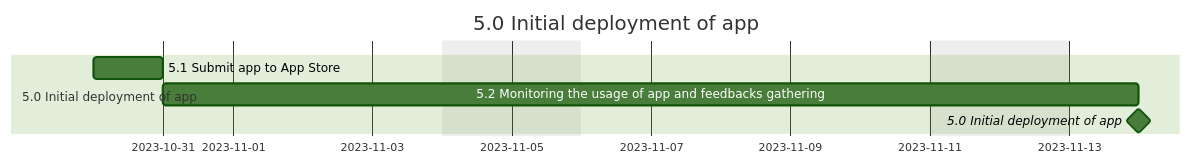
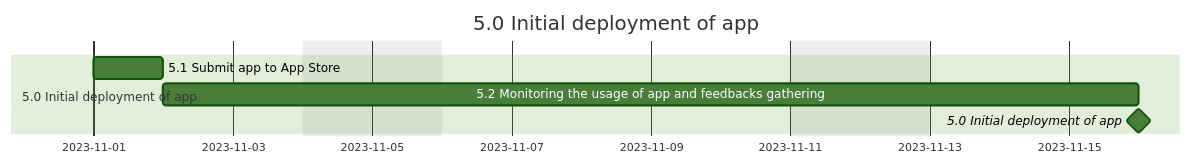
The seventh of 11 diagrams in README.md (riow1983/Coursera-PMP), drawn with Mermaid (forest theme) before and after one commit.

````diff
--- a/README.md
+++ b/README.md
@@ -229,11 +229,11 @@
 ```mermaid
 gantt
   dateFormat  YYYY-MM-DD
   title       5.0 Initial deployment of app
   excludes    weekends
 
   section 5.0 Initial deployment of app
-  5.1 Submit app to App Store: 2023-10-30, 0.5d
+  5.1 Submit app to App Store: 2023-11-01, 0.5d
   5.2 Monitoring the usage of app and feedbacks gathering: 10d
   5.0 Initial deployment of app: milestone, 0d
 ```
````
